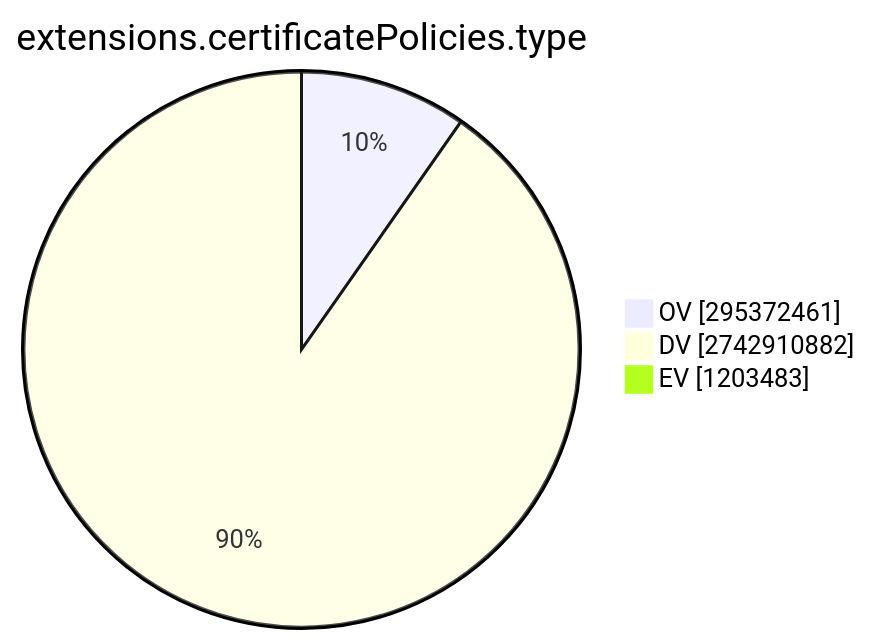
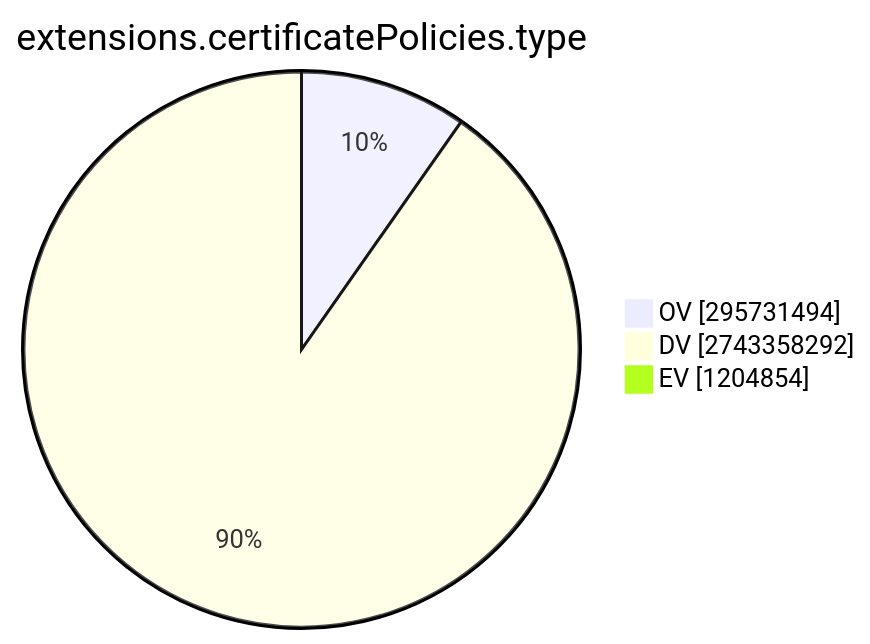
The ninth of 15 diagrams in TOTAL/README.md (christiankrug/ctmonitor_visualization), drawn with Mermaid before and after one commit. The commit also changed other lines of this file, not shown here.

````diff
--- a/TOTAL/README.md
+++ b/TOTAL/README.md
@@ -3095,7 +3097,7 @@
 ```mermaid
 pie showData
 title extensions.certificatePolicies.type
-"OV" :295372461
-"DV" :2742910882
-"EV" :1203483
+"OV" :295731494
+"DV" :2743358292
+"EV" :1204854
 ```
````
